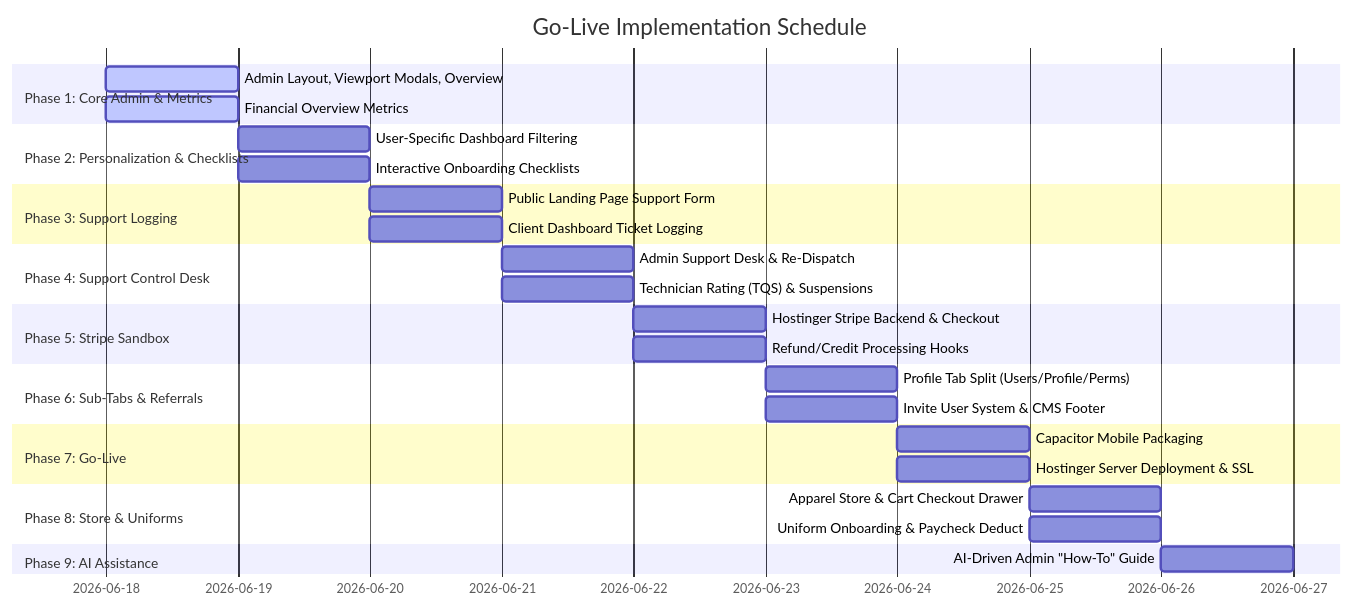
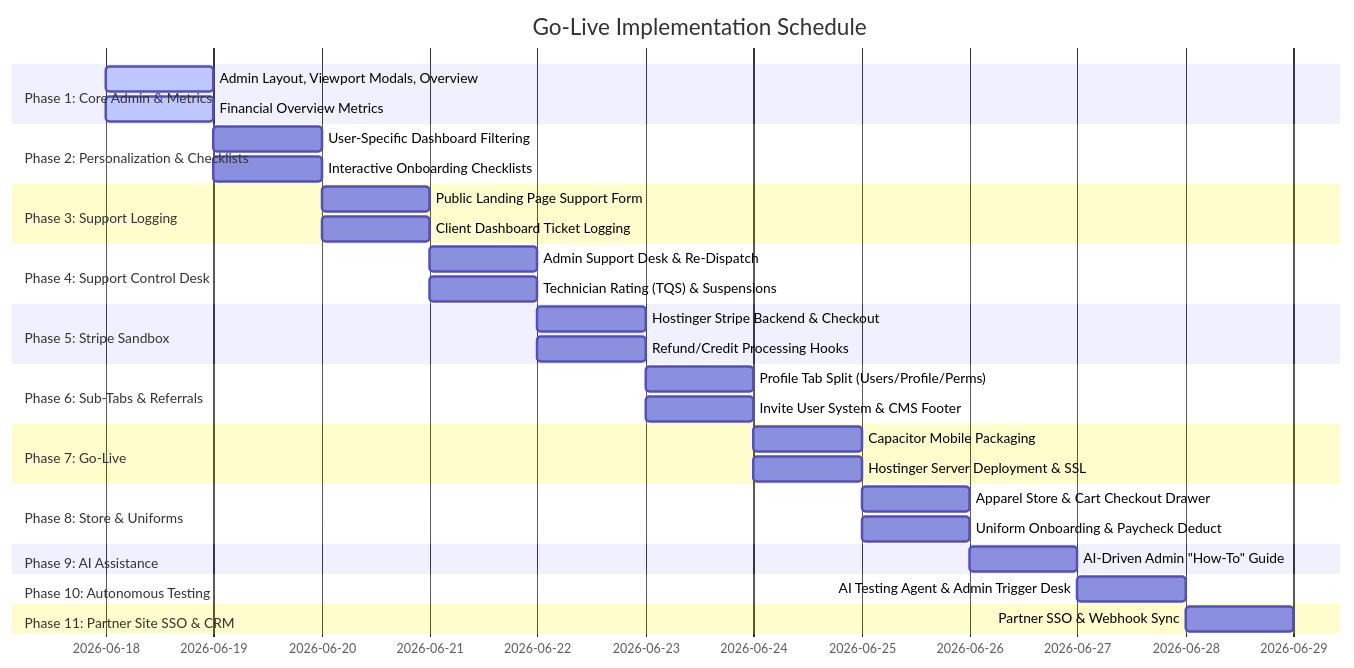
The diagram in go_live_plan.md (tunnel-vision-web/atltvmountpro), drawn with Mermaid before and after one commit. The commit also changed other lines of this file and 2 other files, not shown here.

Commit message:
docs: add integration plan and roadmap timeline for Intermaven partner SSO and CRM compatibility

````diff
--- a/go_live_plan.md
+++ b/go_live_plan.md
@@ -12,31 +12,35 @@
  ```mermaid
  gantt
       title Go-Live Implementation Schedule
       dateFormat  YYYY-MM-DD
       section Phase 1: Core Admin & Metrics
       Admin Layout, Viewport Modals, Overview  :active, day1, 2026-06-18, 1d
       Financial Overview Metrics               :active, day1, 2026-06-18, 1d
       section Phase 2: Personalization & Checklists
       User-Specific Dashboard Filtering        :day2, 2026-06-19, 1d
       Interactive Onboarding Checklists        :day2, 2026-06-19, 1d
       section Phase 3: Support Logging
       Public Landing Page Support Form         :day3, 2026-06-20, 1d
       Client Dashboard Ticket Logging          :day3, 2026-06-20, 1d
       section Phase 4: Support Control Desk
       Admin Support Desk & Re-Dispatch         :day4, 2026-06-21, 1d
       Technician Rating (TQS) & Suspensions    :day4, 2026-06-21, 1d
       section Phase 5: Stripe Sandbox
       Hostinger Stripe Backend & Checkout      :day5, 2026-06-22, 1d
       Refund/Credit Processing Hooks           :day5, 2026-06-22, 1d
       section Phase 6: Sub-Tabs & Referrals
       Profile Tab Split (Users/Profile/Perms)  :day6, 2026-06-23, 1d
       Invite User System & CMS Footer          :day6, 2026-06-23, 1d
       section Phase 7: Go-Live
       Capacitor Mobile Packaging               :day7, 2026-06-24, 1d
       Hostinger Server Deployment & SSL        :day7, 2026-06-24, 1d
       section Phase 8: Store & Uniforms
       Apparel Store & Cart Checkout Drawer     :day8, 2026-06-25, 1d
       Uniform Onboarding & Paycheck Deduct     :day8, 2026-06-25, 1d
       section Phase 9: AI Assistance
       AI-Driven Admin "How-To" Guide           :day9, 2026-06-26, 1d
+      section Phase 10: Autonomous Testing
+      AI Testing Agent & Admin Trigger Desk    :day10, 2026-06-27, 1d
+      section Phase 11: Partner Site SSO & CRM
+      Partner SSO & Webhook Sync               :day11, 2026-06-28, 1d
  ```
````
